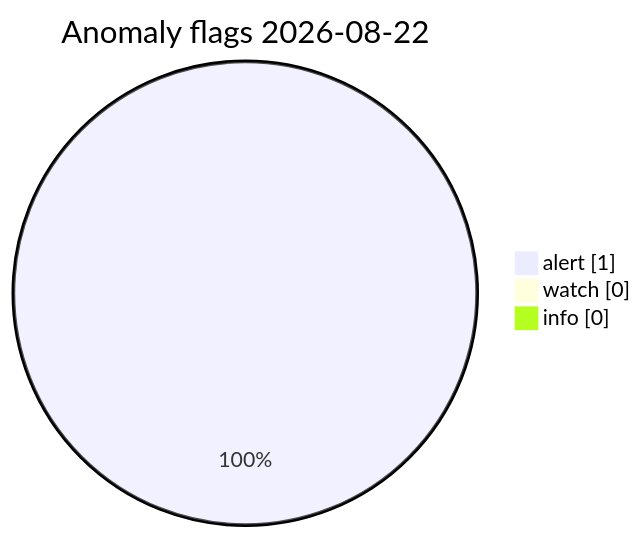
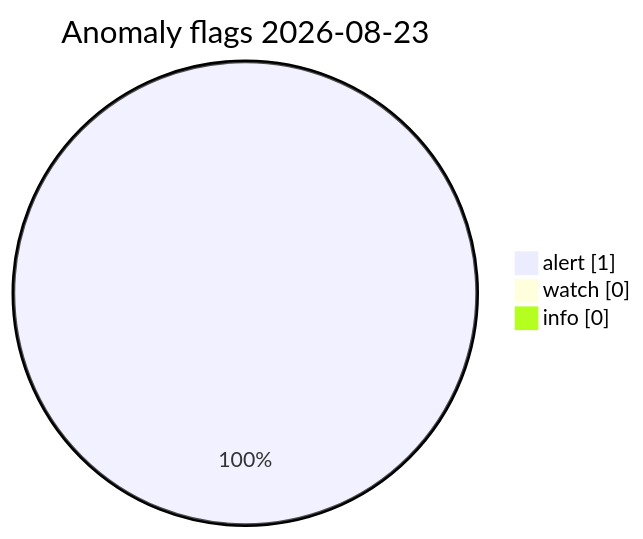
Before and after one commit to Midwest-Stratospheric/Unified-Open-Global-Weather: the diagram in visuals/latest/CHARTS.md, drawn with Mermaid. The commit also changed other lines of this file and 11 other files, not shown here.

Commit message:
data(visuals): automated charts 2026-08-23T07:52Z

````diff
--- a/visuals/latest/CHARTS.md
+++ b/visuals/latest/CHARTS.md
@@ -73,7 +73,7 @@
 ```mermaid
 pie showData
-  title Anomaly flags 2026-08-22
+  title Anomaly flags 2026-08-23
   "alert" : 1
   "watch" : 0
   "info" : 0
 ```
````
